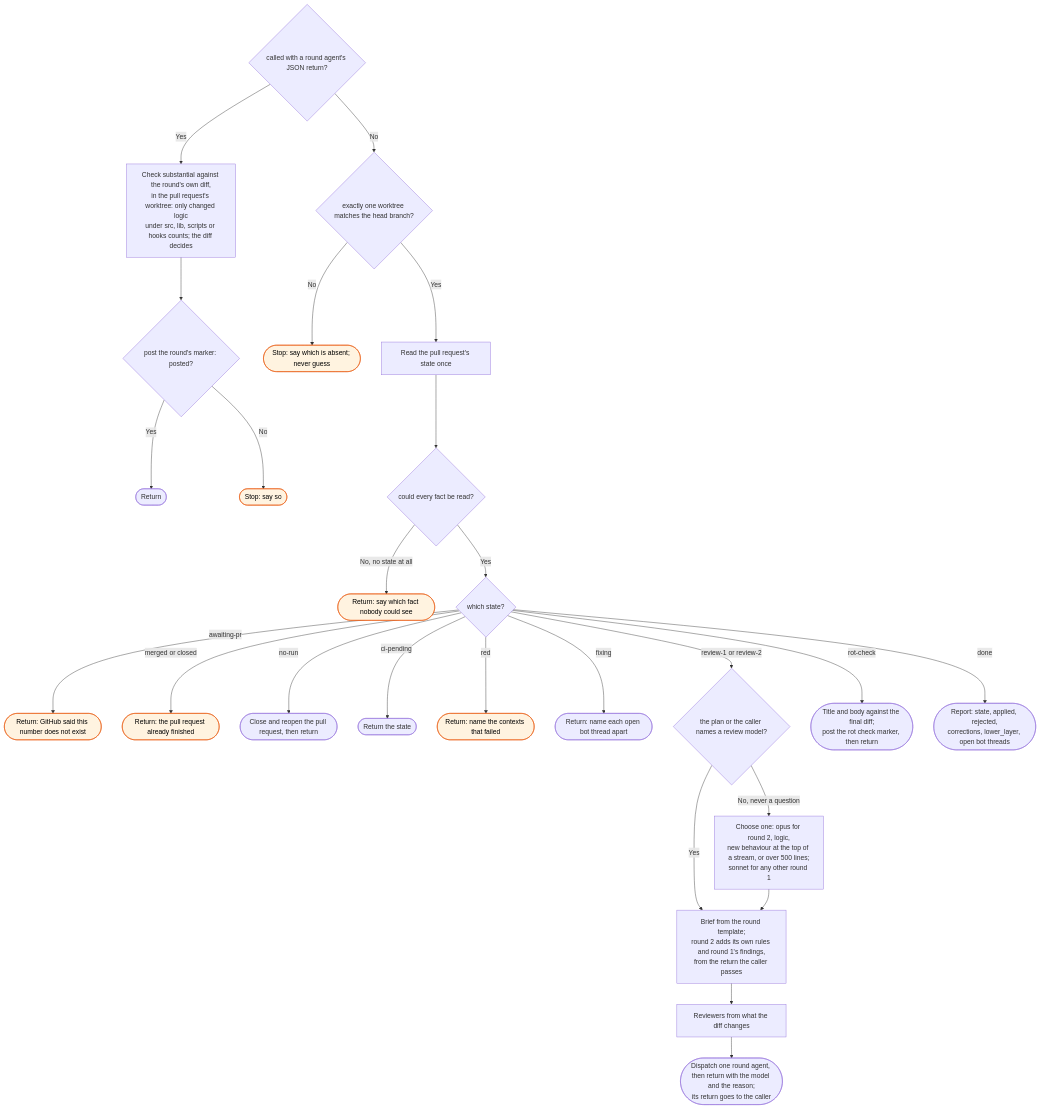
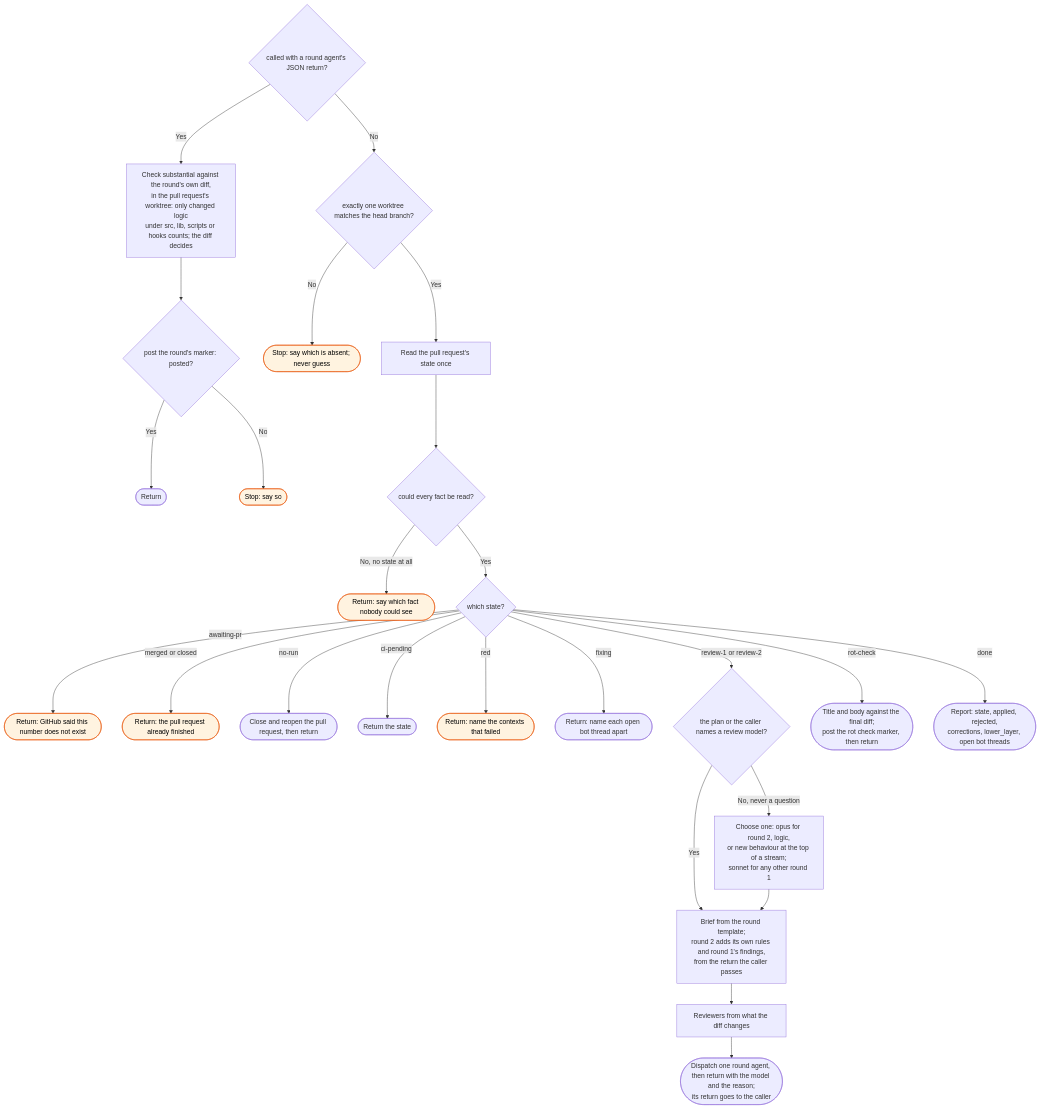
The diagram in docs/flows/workstreams/review/_skill-flow.md (bje-settings/claude), drawn with Mermaid before and after one commit. The commit also changed 2 other files, not shown here.

Commit message:
docs(workstreams): drop the unsourced 500-line review cutoff

````diff
--- a/docs/flows/workstreams/review/_skill-flow.md
+++ b/docs/flows/workstreams/review/_skill-flow.md
@@ -15,34 +15,34 @@
 ```mermaid
 flowchart TD
     R0{called with a round agent's JSON return?}
     R0 -->|Yes| RS[Check substantial against the round's own diff,<br/>in the pull request's worktree: only changed logic<br/>under src, lib, scripts or hooks counts; the diff decides]
     RS --> R2{post the round's marker: posted?}
     R2 -->|Yes| R1([Return])
     R2 -->|No| R3([Stop: say so]):::stop
     R0 -->|No| W{exactly one worktree matches the head branch?}
     W -->|No| W1([Stop: say which is absent; never guess]):::stop
     W -->|Yes| C[Read the pull request's state once]
 
     C --> D{could every fact be read?}
     D -->|No, no state at all| D1([Return: say which fact nobody could see]):::stop
     D -->|Yes| E{which state?}
 
     E -->|awaiting-pr| E1([Return: GitHub said this number does not exist]):::stop
     E -->|merged or closed| E1b([Return: the pull request already finished]):::stop
     E -->|no-run| F([Close and reopen the pull request, then return])
     E -->|ci-pending| G([Return the state])
     E -->|red| G1([Return: name the contexts that failed]):::stop
     E -->|fixing| G2([Return: name each open bot thread apart])
 
     E -->|review-1 or review-2| M{the plan or the caller names a review model?}
     M -->|Yes| I
-    M -->|No, never a question| M1[Choose one: opus for round 2, logic,<br/>new behaviour at the top of a stream, or over 500 lines;<br/>sonnet for any other round 1] --> I
+    M -->|No, never a question| M1[Choose one: opus for round 2, logic,<br/>or new behaviour at the top of a stream;<br/>sonnet for any other round 1] --> I
     I[Brief from the round template;<br/>round 2 adds its own rules and round 1's findings,<br/>from the return the caller passes]
     I --> J[Reviewers from what the diff changes]
     J --> K([Dispatch one round agent, then return with the model and the reason;<br/>its return goes to the caller])
 
     E -->|rot-check| Q([Title and body against the final diff;<br/>post the rot check marker, then return])
     E -->|done| S([Report: state, applied, rejected,<br/>corrections, lower_layer, open bot threads])
 
     classDef stop fill:#fff3e0,stroke:#e65100,color:#000
 ```
````
